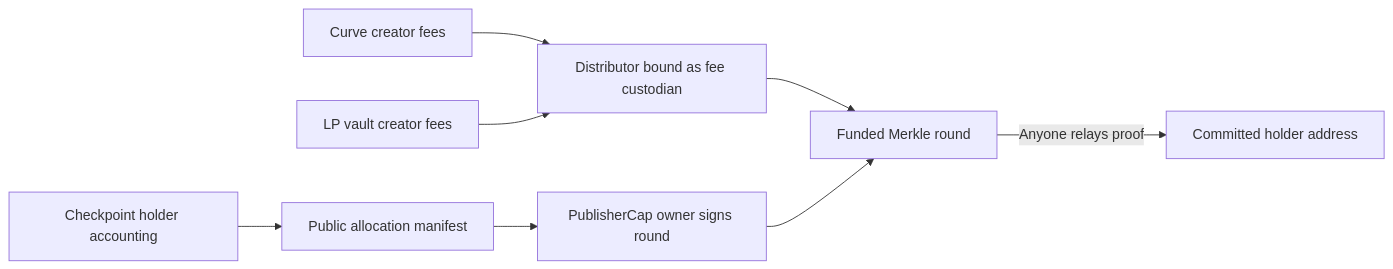
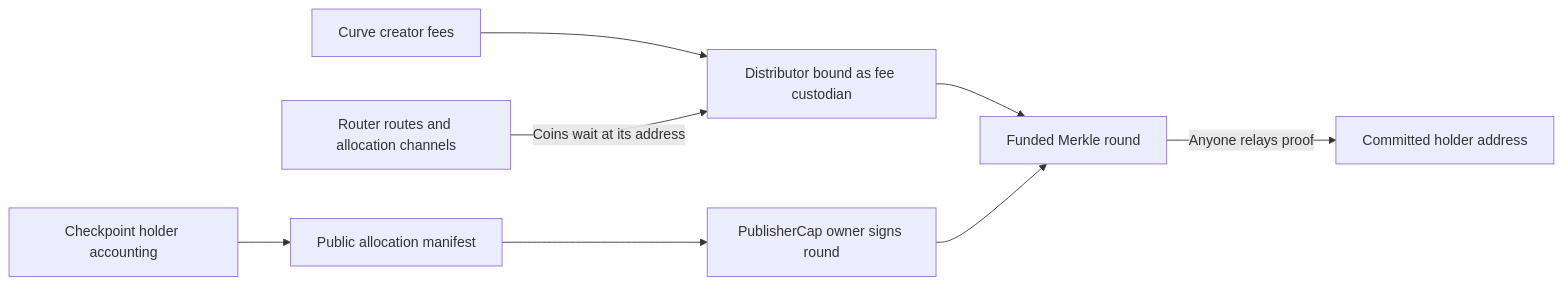
The diagram in sui/distributor/README.md (interest-protocol/blast-v2-contracts), drawn with Mermaid before and after one commit. The commit also changed other lines of this file and 236 other files, not shown here.

````diff
--- a/sui/distributor/README.md
+++ b/sui/distributor/README.md
@@ -9,10 +10,10 @@
 ```mermaid
 flowchart LR
   Curve[Curve creator fees] --> D[Distributor bound as fee custodian]
-  LP[LP vault creator fees] --> D
+  Pushed[Router routes and allocation channels] -->|Coins wait at its address| D
   Indexer[Checkpoint holder accounting] --> Manifest[Public allocation manifest]
   Manifest --> Publisher[PublisherCap owner signs round]
   D --> Round[Funded Merkle round]
   Publisher --> Round
   Round -->|Anyone relays proof| Holder[Committed holder address]
 ```
````
